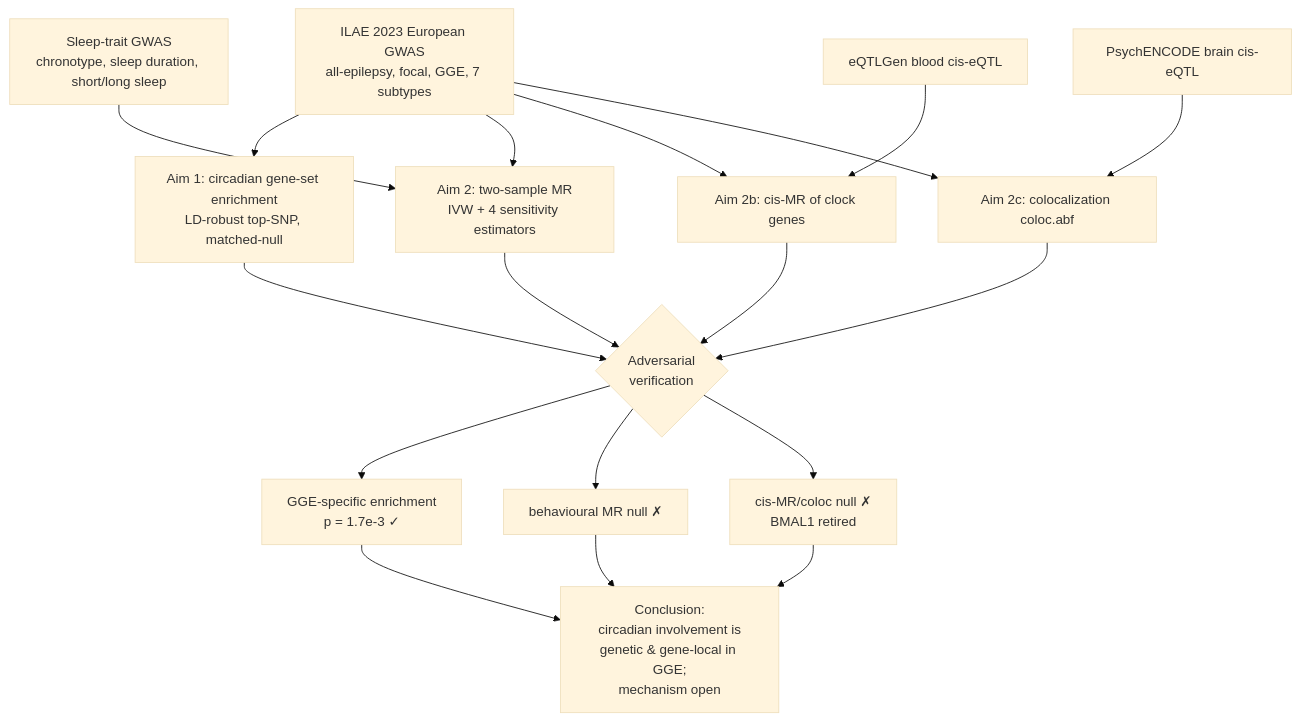
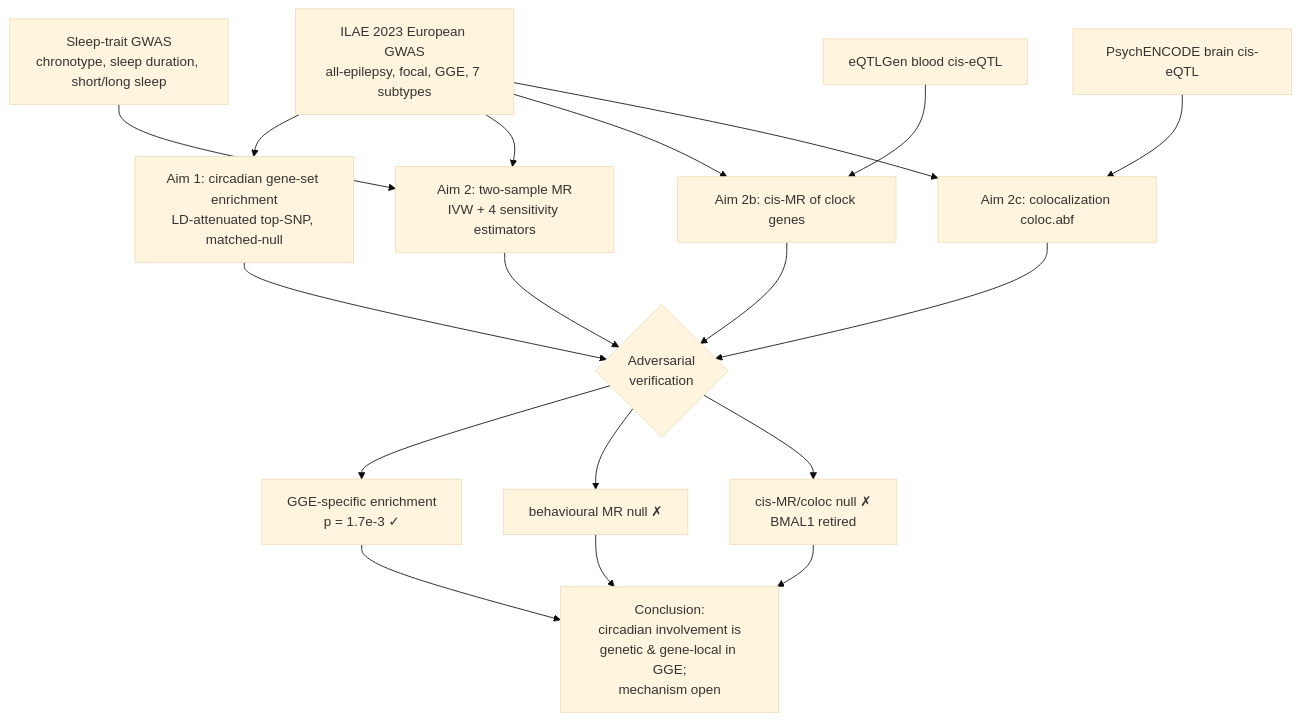
One commit to nielspac177/epilepsy-clock-genes changed the first of 2 diagrams in paper/RESULTS.md. Above: the diagram before and after it, drawn with Mermaid (base theme). The commit also changed other lines of this file and 2 other files, not shown here.

````diff
--- a/paper/RESULTS.md
+++ b/paper/RESULTS.md
@@ -10,20 +10,20 @@
 ```mermaid
 flowchart TD
-  A[ILAE 2023 European GWAS<br/>all-epilepsy, focal, GGE, 7 subtypes] --> A1[Aim 1: circadian gene-set enrichment<br/>LD-robust top-SNP, matched-null]
+  A[ILAE 2023 European GWAS<br/>all-epilepsy, focal, GGE, 7 subtypes] --> A1[Aim 1: circadian gene-set enrichment<br/>LD-attenuated top-SNP, matched-null]
   S[Sleep-trait GWAS<br/>chronotype, sleep duration, short/long sleep] --> A2[Aim 2: two-sample MR<br/>IVW + 4 sensitivity estimators]
   A --> A2
   E1[eQTLGen blood cis-eQTL] --> A3[Aim 2b: cis-MR of clock genes]
   E2[PsychENCODE brain cis-eQTL] --> A4[Aim 2c: colocalization coloc.abf]
   A --> A3
   A --> A4
   A1 --> V{Adversarial<br/>verification}
   A2 --> V
   A3 --> V
   A4 --> V
   V --> R1[GGE-specific enrichment<br/>p = 1.7e-3 ✓]
   V --> R2[behavioural MR null ✗]
   V --> R3[cis-MR/coloc null ✗<br/>BMAL1 retired]
   R1 --> C[Conclusion:<br/>circadian involvement is<br/>genetic & gene-local in GGE;<br/>mechanism open]
   R2 --> C
   R3 --> C
 ```
````
